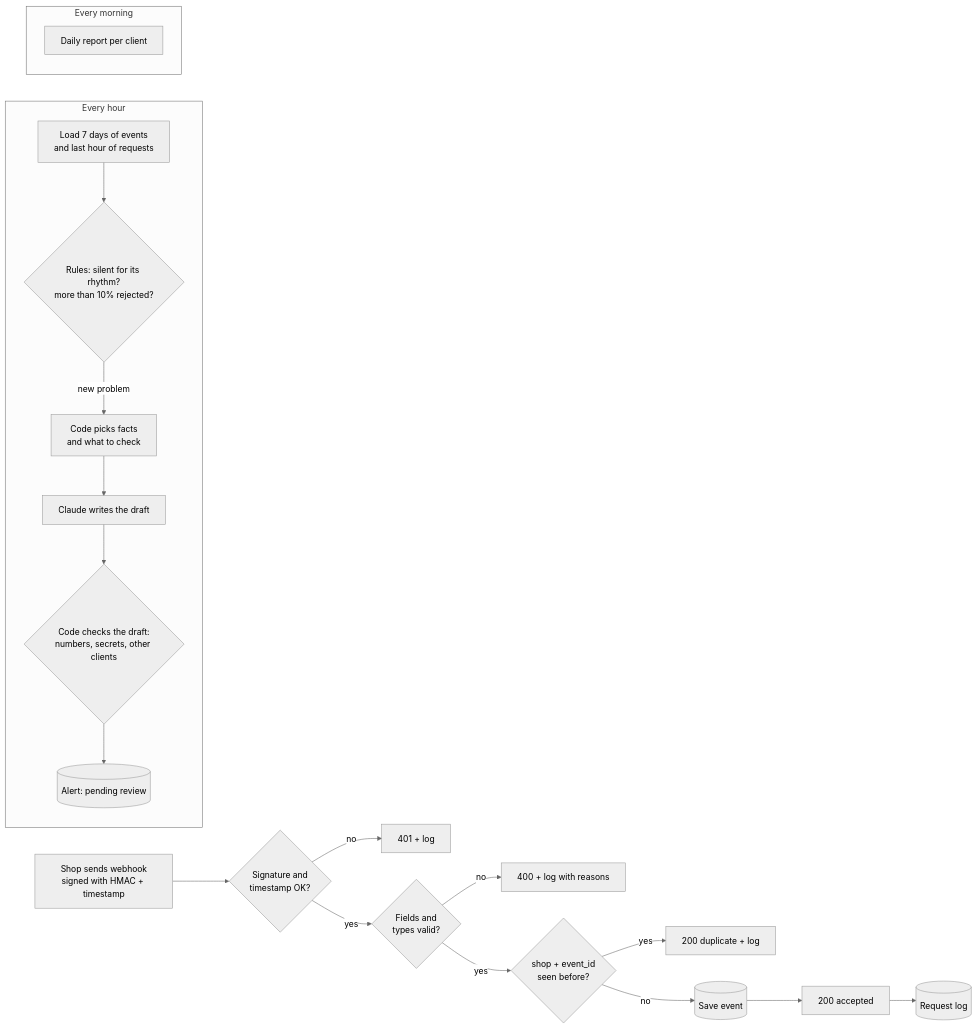
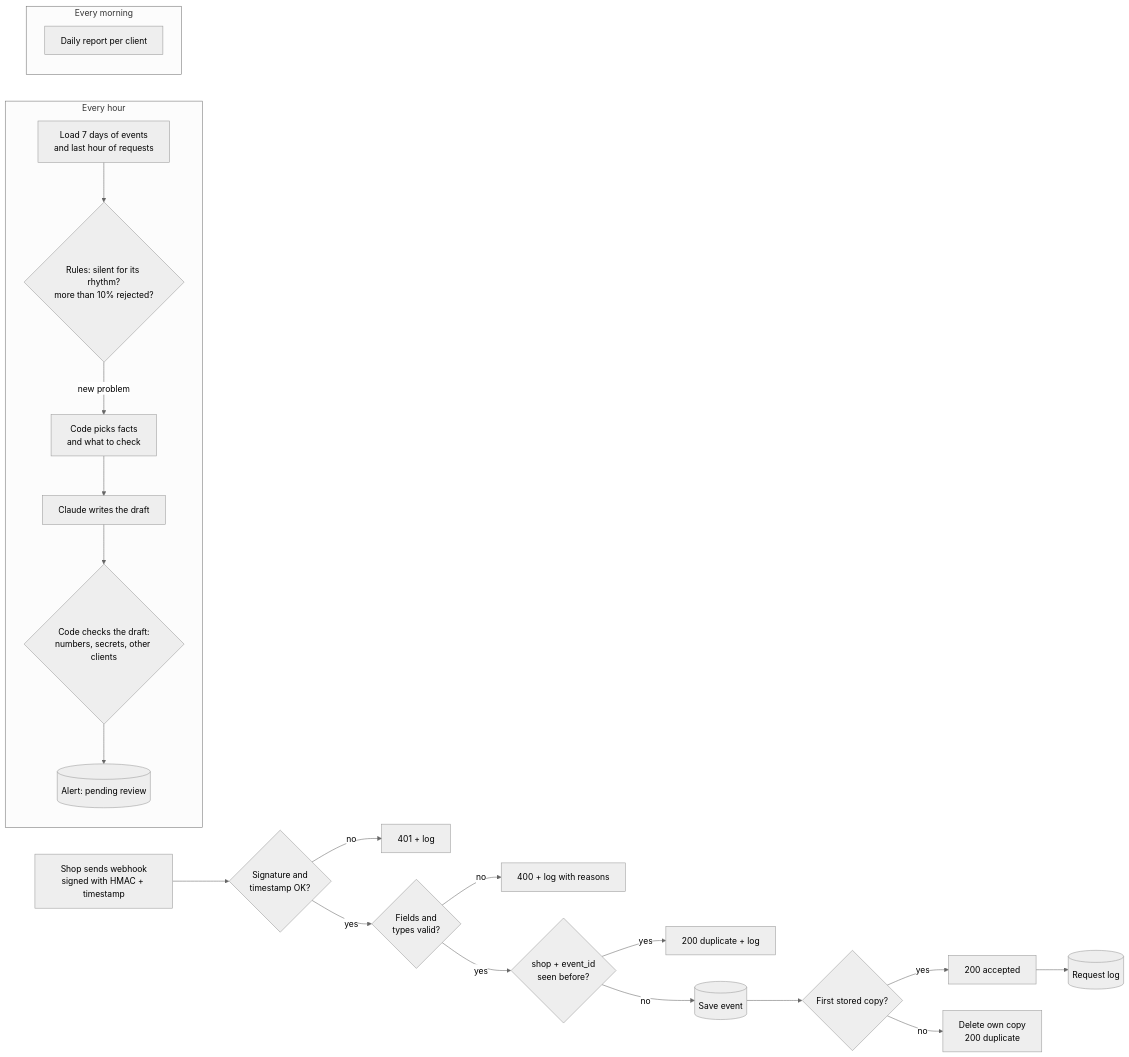
One commit to kubabiros595-png/integration-health-monitor changed the diagram in README.md. Above: the diagram before and after it, drawn with Mermaid (neutral theme). The commit also changed other lines of this file and 10 other files, not shown here.

````diff
--- a/README.md
+++ b/README.md
@@ -25,22 +25,24 @@
 ```mermaid
 flowchart LR
   S[Shop sends webhook<br/>signed with HMAC + timestamp] --> A{Signature and<br/>timestamp OK?}
   A -- no --> R401[401 + log]
   A -- yes --> V{Fields and<br/>types valid?}
   V -- no --> R400[400 + log with reasons]
   V -- yes --> D{shop + event_id<br/>seen before?}
   D -- yes --> R200d[200 duplicate + log]
-  D -- no --> ST[(Save event)] --> R200[200 accepted] --> L[(Request log)]
+  D -- no --> ST[(Save event)] --> RC{First stored copy?}
+  RC -- yes --> R200[200 accepted] --> L[(Request log)]
+  RC -- no --> DEL[Delete own copy<br/>200 duplicate]
 
   subgraph Every hour
     H[Load 7 days of events<br/>and last hour of requests] --> DET{Rules: silent for its rhythm?<br/>more than 10% rejected?}
     DET -- new problem --> B[Code picks facts<br/>and what to check]
     B --> AI[Claude writes the draft]
     AI --> CH{Code checks the draft:<br/>numbers, secrets, other clients}
     CH --> Q[(Alert: pending review)]
   end
 
   subgraph Every morning
     REP[Daily report per client]
   end
 ```
````
